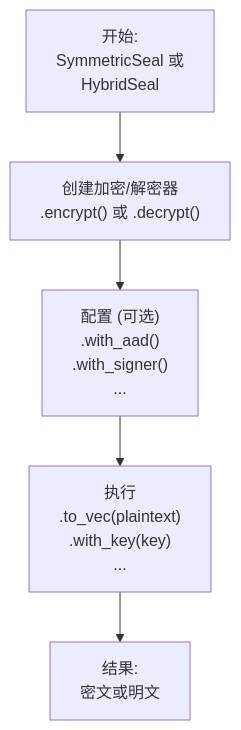
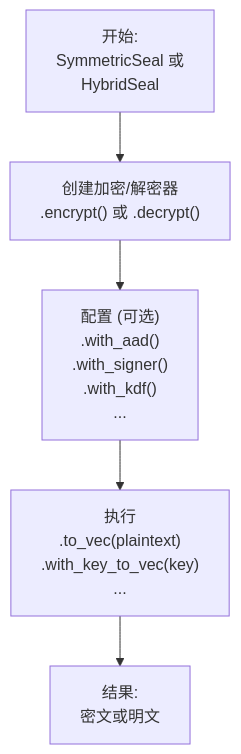
The diagram in README_CN.md (GlorYouth/seal-flow), drawn with Mermaid before and after one commit. The commit also changed other lines of this file and 1 other file, not shown here.

````diff
--- a/README_CN.md
+++ b/README_CN.md
@@ -21,7 +21,7 @@
 ```mermaid
 graph TD
     A["开始: <br/>SymmetricSeal 或 <br/>HybridSeal"] --> B["创建加密/解密器 <br/> .encrypt() 或 .decrypt()"];
-    B --> C["配置 (可选) <br/> .with_aad() <br/> .with_signer() <br/> ..."];
-    C --> D["执行 <br/> .to_vec(plaintext) <br/> .with_key(key) <br/> ..."];
+    B --> C["配置 (可选) <br/> .with_aad() <br/> .with_signer() <br/> .with_kdf() <br/> ..."];
+    C --> D["执行 <br/> .to_vec(plaintext) <br/> .with_key_to_vec(key) <br/> ..."];
     D --> E["结果: <br/>密文或明文"];
 ```
````
